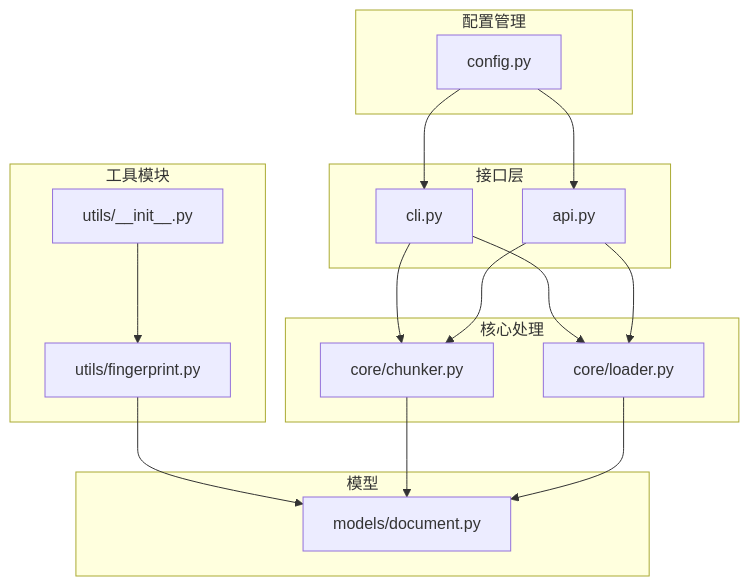
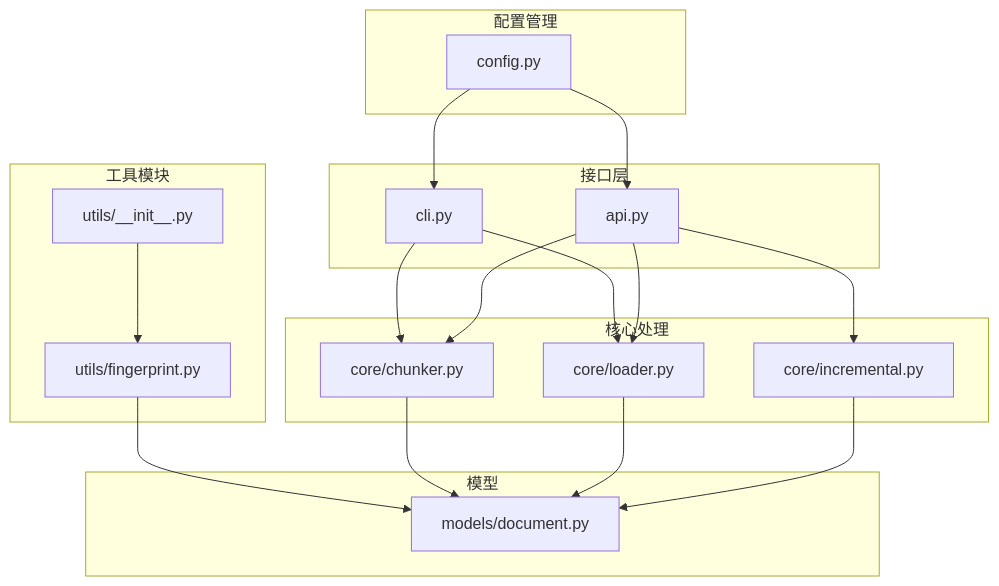
The first of 9 diagrams in .qoder/repowiki/zh/content/工具函数和实用程序.md (wowzhangji/doc_ai_parser), drawn with Mermaid before and after one commit. The commit also changed other lines of this file and 25 other files, not shown here.

````diff
--- a/.qoder/repowiki/zh/content/工具函数和实用程序.md
+++ b/.qoder/repowiki/zh/content/工具函数和实用程序.md
@@ -37,31 +38,34 @@
 ```mermaid
 graph TB
 subgraph "工具模块"
 U1["utils/fingerprint.py"]
 U2["utils/__init__.py"]
 end
 subgraph "配置管理"
 C1["config.py"]
 end
 subgraph "模型"
 M1["models/document.py"]
 end
 subgraph "核心处理"
 K1["core/chunker.py"]
 K2["core/loader.py"]
+K3["core/incremental.py"]
 end
 subgraph "接口层"
 I1["cli.py"]
 I2["api.py"]
 end
 U1 --> M1
 U2 --> U1
 C1 --> I1
 C1 --> I2
 K1 --> M1
 K2 --> M1
+K3 --> M1
 I1 --> K2
 I1 --> K1
 I2 --> K2
 I2 --> K1
+I2 --> K3
 ```
````
